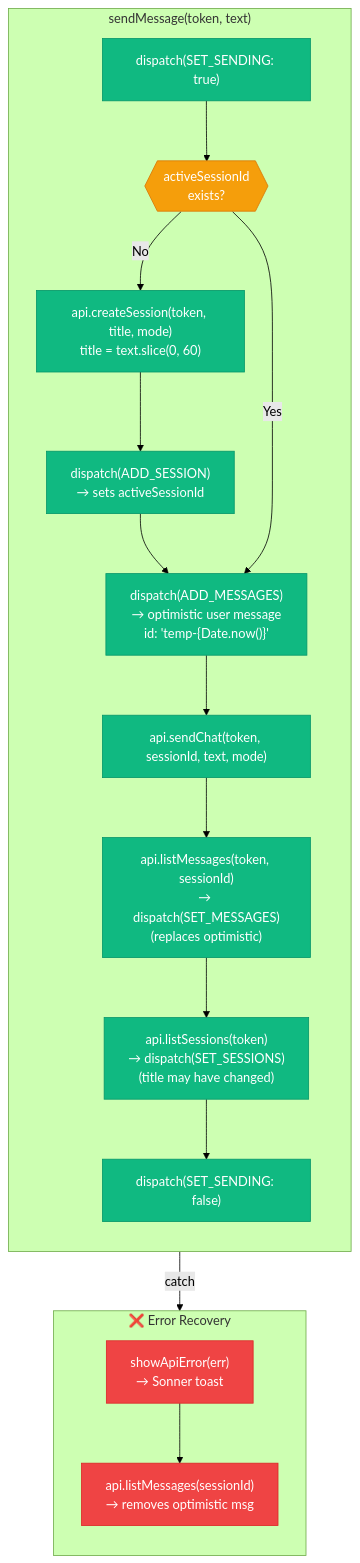
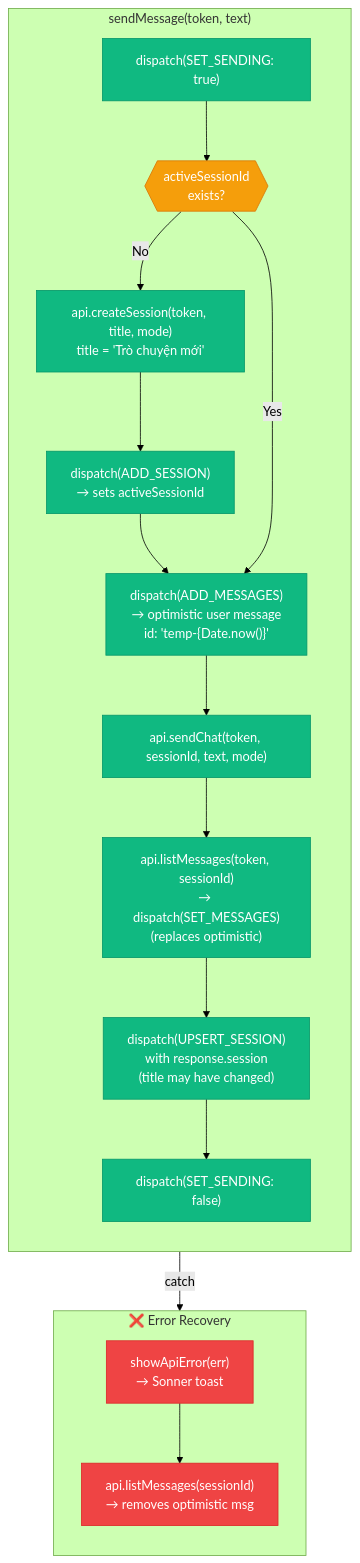
One commit to Nhan-Laptop/NT208.Q21.ANTN changed the sixth of 13 diagrams in frontend.md. Above: the diagram before and after it, drawn with Mermaid (forest theme). The commit also changed other lines of this file and 21 other files, not shown here.

````diff
--- a/frontend.md
+++ b/frontend.md
@@ -443,44 +447,44 @@
 ```mermaid
 graph TB
     subgraph SEND_MSG["sendMessage(token, text)"]
         direction TB
         SetSending["dispatch(SET_SENDING: true)"]
         CheckSession{{"activeSessionId<br/>exists?"}}
-        CreateSession["api.createSession(token, title, mode)<br/>title = text.slice(0, 60)"]
+        CreateSession["api.createSession(token, title, mode)<br/>title = 'Trò chuyện mới'"]
         AddSession["dispatch(ADD_SESSION)<br/>→ sets activeSessionId"]
         OptimisticMsg["dispatch(ADD_MESSAGES)<br/>→ optimistic user message<br/>id: 'temp-{Date.now()}'"]
         SendAPI["api.sendChat(token, sessionId, text, mode)"]
         ReloadMsgs["api.listMessages(token, sessionId)<br/>→ dispatch(SET_MESSAGES)<br/>(replaces optimistic)"]
-        ReloadSessions["api.listSessions(token)<br/>→ dispatch(SET_SESSIONS)<br/>(title may have changed)"]
+        SyncSession["dispatch(UPSERT_SESSION)<br/>with response.session<br/>(title may have changed)"]
         DoneSending["dispatch(SET_SENDING: false)"]
 
         SetSending --> CheckSession
         CheckSession -->|"No"| CreateSession
         CreateSession --> AddSession
         AddSession --> OptimisticMsg
         CheckSession -->|"Yes"| OptimisticMsg
         OptimisticMsg --> SendAPI
         SendAPI --> ReloadMsgs
-        ReloadMsgs --> ReloadSessions
-        ReloadSessions --> DoneSending
+        ReloadMsgs --> SyncSession
+        SyncSession --> DoneSending
     end
 
     subgraph ERROR_PATH["❌ Error Recovery"]
         direction TB
         ShowToast["showApiError(err)<br/>→ Sonner toast"]
         ReloadClean["api.listMessages(sessionId)<br/>→ removes optimistic msg"]
 
         ShowToast --> ReloadClean
     end
 
     SendAPI -->|"catch"| ShowToast
 
     %% Styles
     classDef flow fill:#10b981,color:#fff,stroke:#059669
     classDef check fill:#f59e0b,color:#fff,stroke:#d97706
     classDef error fill:#ef4444,color:#fff,stroke:#dc2626
 
-    class SetSending,CreateSession,AddSession,OptimisticMsg,SendAPI,ReloadMsgs,ReloadSessions,DoneSending flow
+    class SetSending,CreateSession,AddSession,OptimisticMsg,SendAPI,ReloadMsgs,SyncSession,DoneSending flow
     class CheckSession check
     class ShowToast,ReloadClean error
 ```
````
